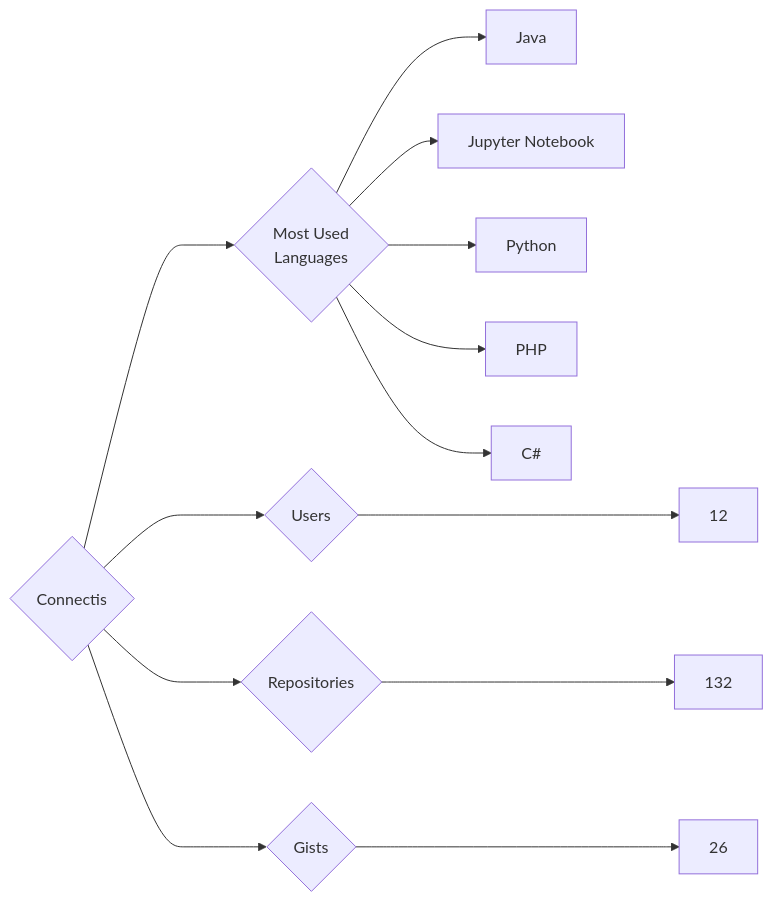
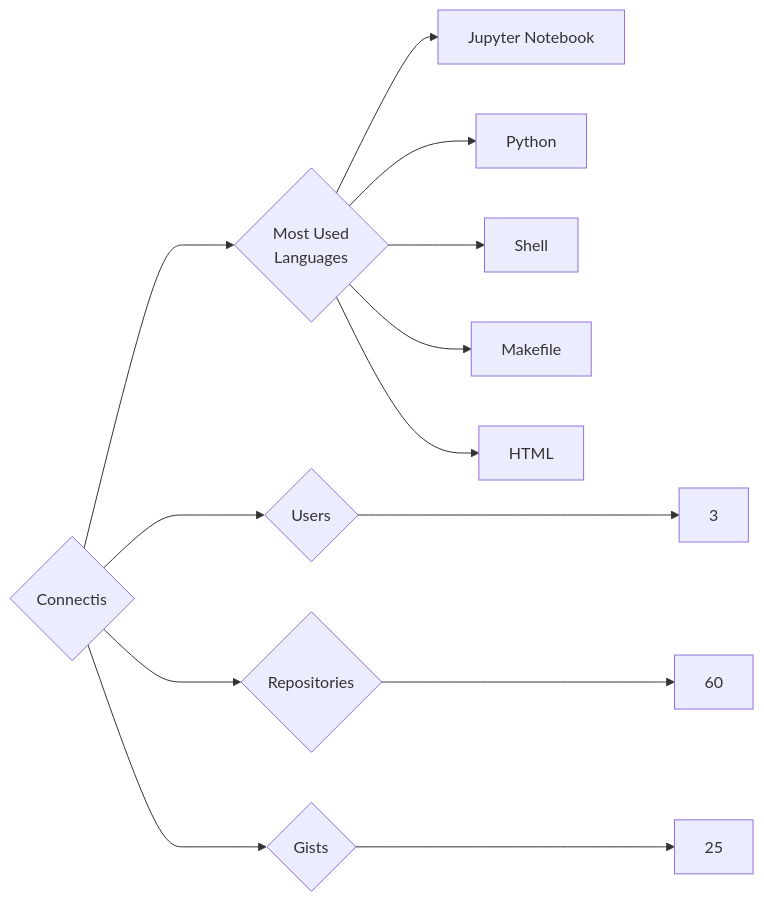
One commit to trickest/insiders changed the diagram in targets/Connectis/README.md. Above: the diagram before and after it, drawn with Mermaid. The commit also changed 611 other files, not shown here.

````diff
--- a/targets/Connectis/README.md
+++ b/targets/Connectis/README.md
@@ -3,13 +3,13 @@
 ```mermaid
 graph LR
 COMPANY_NAME{Connectis}
-COMPANY_NAME ---> U{Users} ---> UN[12]
-COMPANY_NAME ---> R{Repositories} ---> RN[132]
-COMPANY_NAME ---> G{Gists} ---> GN[26]
+COMPANY_NAME ---> U{Users} ---> UN[3]
+COMPANY_NAME ---> R{Repositories} ---> RN[60]
+COMPANY_NAME ---> G{Gists} ---> GN[25]
 COMPANY_NAME ---> ML{Most Used<br>Languages}
-ML --> Java[Java]
 ML --> Jupyter_Notebook[Jupyter Notebook]
 ML --> Python[Python]
-ML --> PHP[PHP]
-ML --> C#[C#]
+ML --> Shell[Shell]
+ML --> Makefile[Makefile]
+ML --> HTML[HTML]
 ```
````
